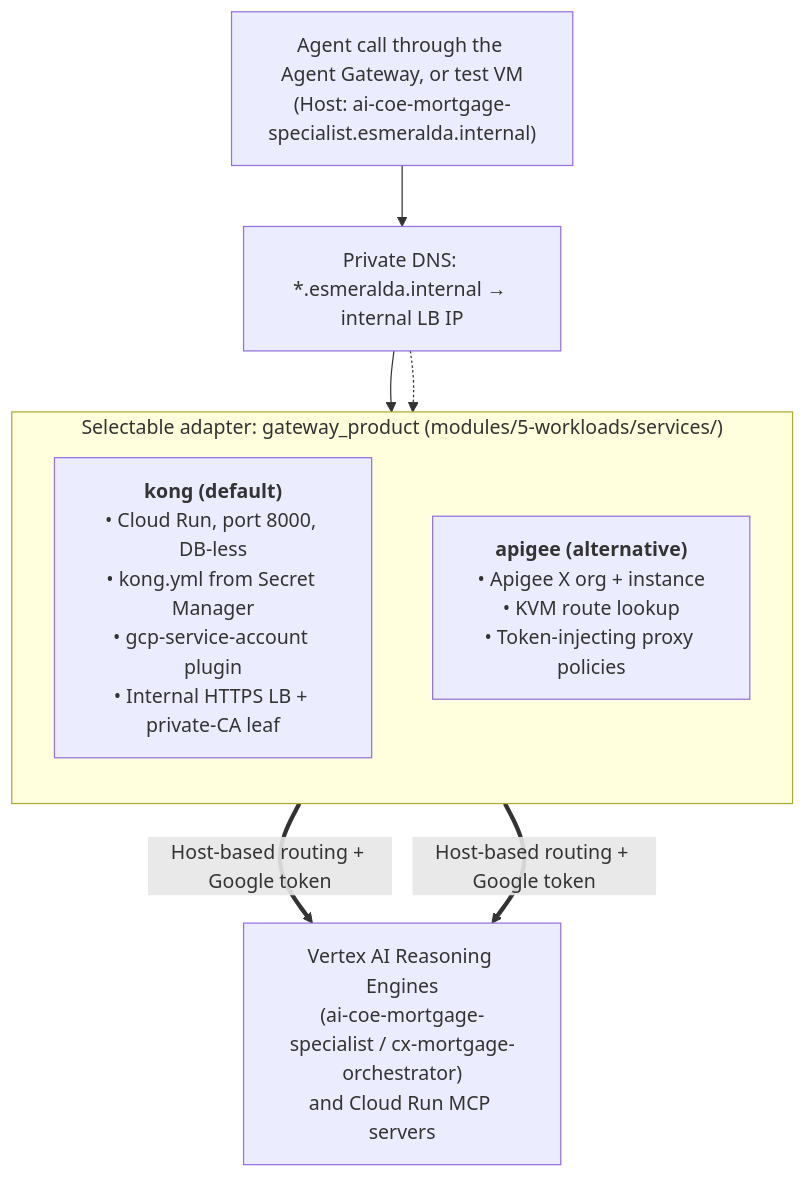
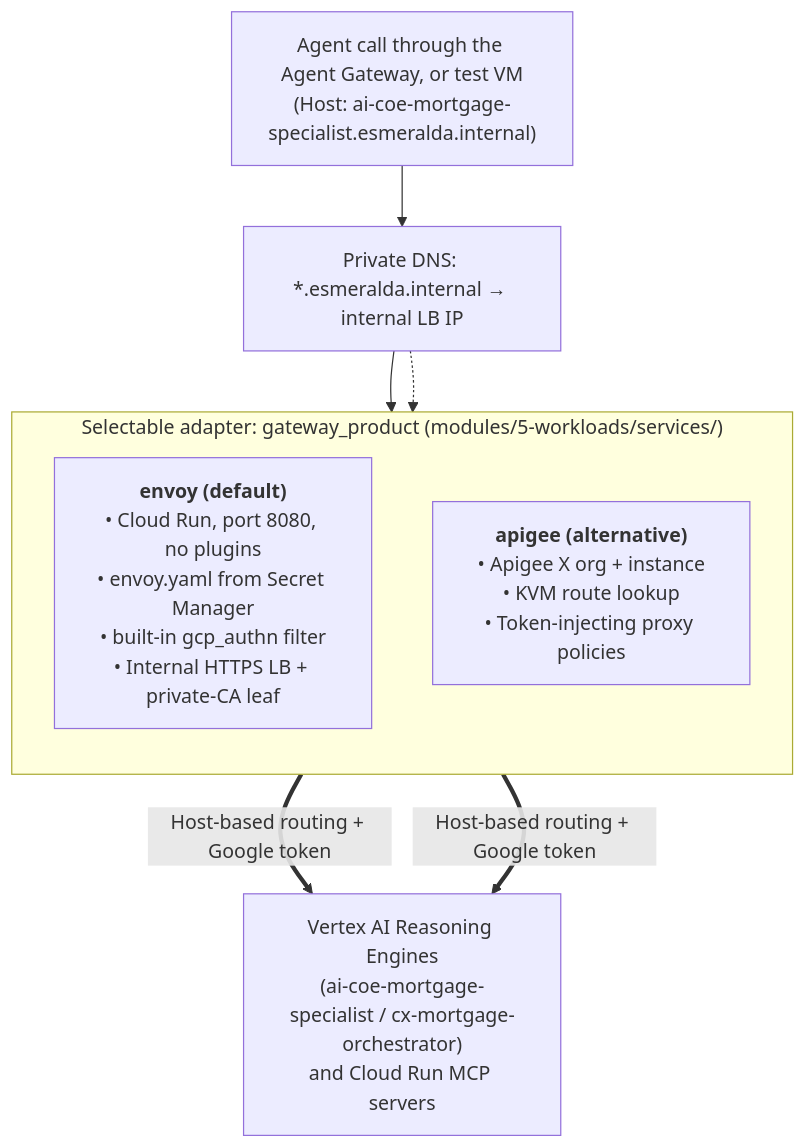
One commit to google/esmeralda changed the diagram in docs/src/2-workloads-and-catalog/01-ingress-gateways.md. Above: the diagram before and after it, drawn with Mermaid. The commit also changed other lines of this file and 15 other files, not shown here.

````diff
--- a/docs/src/2-workloads-and-catalog/01-ingress-gateways.md
+++ b/docs/src/2-workloads-and-catalog/01-ingress-gateways.md
@@ -51,17 +51,17 @@
 ```mermaid
 flowchart TD
     Req["Agent call through the Agent Gateway, or test VM<br/>(Host: ai-coe-mortgage-specialist.esmeralda.internal)"]
     DNS["Private DNS: *.esmeralda.internal → internal LB IP"]
 
     subgraph Adapters["Selectable adapter: gateway_product (modules/5-workloads/services/)"]
         direction TB
-        OptB["<b>kong (default)</b><br/>• Cloud Run, port 8000, DB-less<br/>• kong.yml from Secret Manager<br/>• gcp-service-account plugin<br/>• Internal HTTPS LB + private-CA leaf"]
+        OptB["<b>envoy (default)</b><br/>• Cloud Run, port 8080, no plugins<br/>• envoy.yaml from Secret Manager<br/>• built-in gcp_authn filter<br/>• Internal HTTPS LB + private-CA leaf"]
         OptA["<b>apigee (alternative)</b><br/>• Apigee X org + instance<br/>• KVM route lookup<br/>• Token-injecting proxy policies"]
     end
 
     Backend["Vertex AI Reasoning Engines<br/>(ai-coe-mortgage-specialist / cx-mortgage-orchestrator)<br/>and Cloud Run MCP servers"]
 
     Req --> DNS --> OptB
     DNS -.-> OptA
     OptB & OptA ==>|Host-based routing + Google token| Backend
 ```
````
